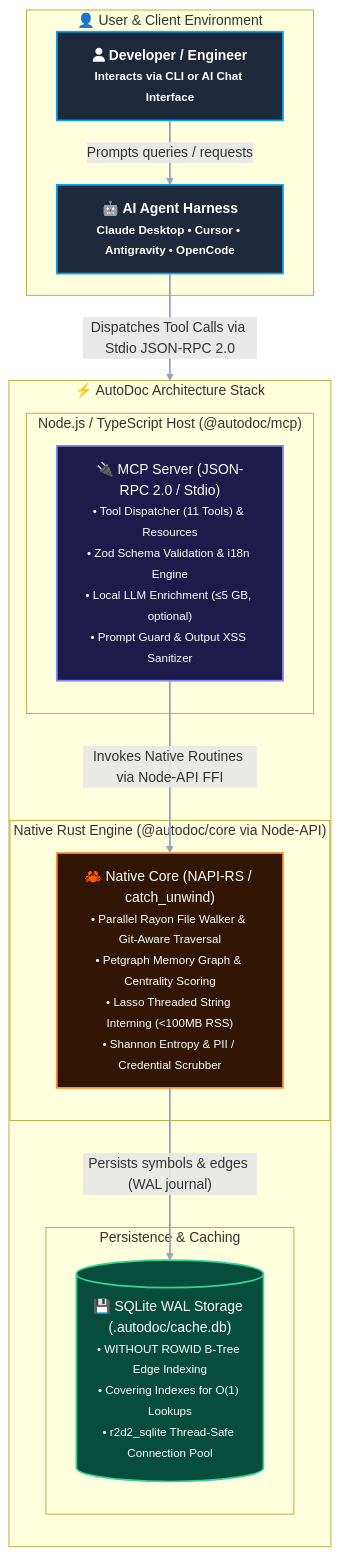
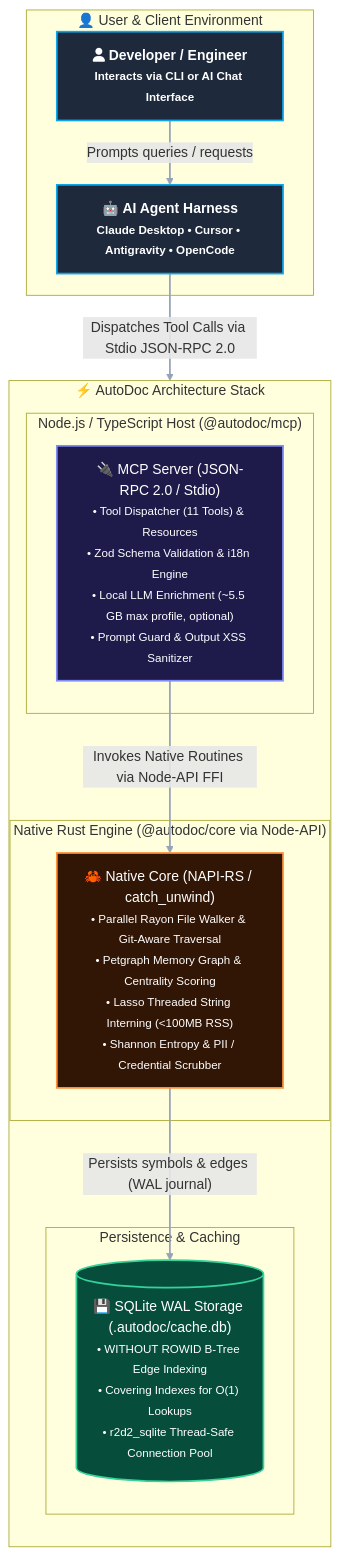
One commit to dandgabr/autodoc changed the diagram in README.md. Above: the diagram before and after it, drawn with Mermaid. The commit also changed other lines of this file and 102 other files, not shown here.

````diff
--- a/README.md
+++ b/README.md
@@ -16,39 +16,39 @@
 ```mermaid
 flowchart TD
     %% Global styling & High Contrast Theme Definitions
     classDef clientClass fill:#1E293B,stroke:#0EA5E9,stroke-width:2px,color:#FFFFFF,font-weight:bold;
     classDef boundaryClass fill:#0F172A,stroke:#64748B,stroke-width:2px,stroke-dasharray: 4 4,color:#38BDF8,font-weight:bold;
     classDef mcpClass fill:#1E1B4B,stroke:#818CF8,stroke-width:2px,color:#FFFFFF;
     classDef rustClass fill:#311505,stroke:#FB923C,stroke-width:2px,color:#FFFFFF;
     classDef dbClass fill:#064E3B,stroke:#34D399,stroke-width:2px,color:#FFFFFF;
 
     subgraph Clients["👤 User & Client Environment"]
         Dev["fa:fa-user Developer / Engineer<br/><small>Interacts via CLI or AI Chat Interface</small>"]:::clientClass
         Harness["🤖 AI Agent Harness<br/><small>Claude Desktop • Cursor • Antigravity • OpenCode</small>"]:::clientClass
     end
 
     subgraph AutoDocSystem["⚡ AutoDoc Architecture Stack"]
         direction TB
 
         subgraph MCPLayer["Node.js / TypeScript Host (@autodoc/mcp)"]
-            MCPServer["🔌 MCP Server (JSON-RPC 2.0 / Stdio)<br/><small>• Tool Dispatcher (11 Tools) & Resources<br/>• Zod Schema Validation & i18n Engine<br/>• Local LLM Enrichment (≤5 GB, optional)<br/>• Prompt Guard & Output XSS Sanitizer</small>"]:::mcpClass
+            MCPServer["🔌 MCP Server (JSON-RPC 2.0 / Stdio)<br/><small>• Tool Dispatcher (11 Tools) & Resources<br/>• Zod Schema Validation & i18n Engine<br/>• Local LLM Enrichment (~5.5 GB max profile, optional)<br/>• Prompt Guard & Output XSS Sanitizer</small>"]:::mcpClass
         end
 
         subgraph CoreLayer["Native Rust Engine (@autodoc/core via Node-API)"]
             NativeCore["🦀 Native Core (NAPI-RS / catch_unwind)<br/><small>• Parallel Rayon File Walker & Git-Aware Traversal<br/>• Petgraph Memory Graph & Centrality Scoring<br/>• Lasso Threaded String Interning (&lt;100MB RSS)<br/>• Shannon Entropy & PII / Credential Scrubber</small>"]:::rustClass
         end
 
         subgraph StorageLayer["Persistence & Caching"]
             CacheDB[("💾 SQLite WAL Storage (.autodoc/cache.db)<br/><small>• WITHOUT ROWID B-Tree Edge Indexing<br/>• Covering Indexes for O(1) Lookups<br/>• r2d2_sqlite Thread-Safe Connection Pool</small>")]:::dbClass
         end
     end
 
     %% Vertical Hierarchical Flows
     Dev -->|"Prompts queries / requests"| Harness
     Harness -->|"Dispatches Tool Calls via Stdio JSON-RPC 2.0"| MCPServer
     MCPServer -->|"Invokes Native Routines via Node-API FFI"| NativeCore
     NativeCore -->|"Persists symbols & edges (WAL journal)"| CacheDB
 
     %% Link High Contrast Styling
     linkStyle default stroke:#94A3B8,stroke-width:2px;
 ```
````
